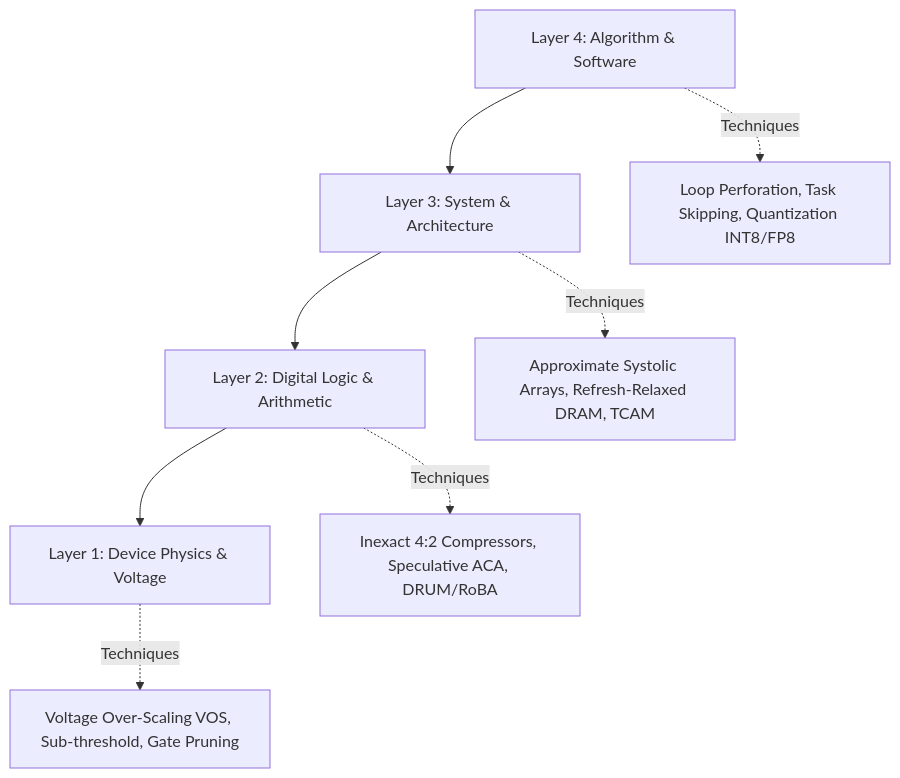
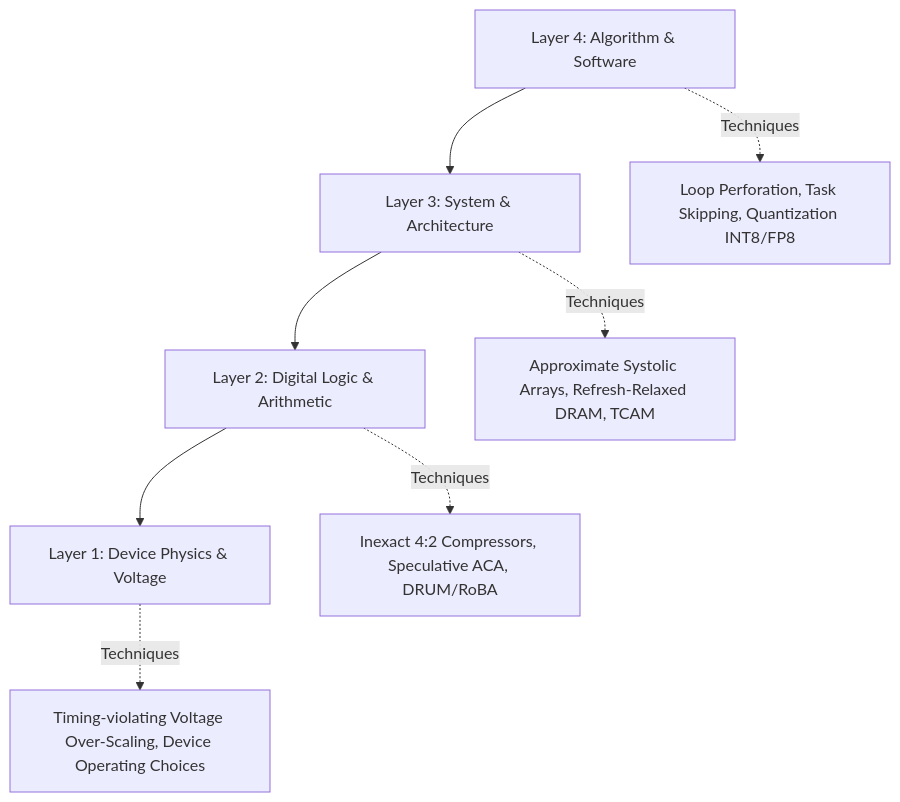
The diagram in docs/fundamentals/approx-paradigms.md (Inexact-Computing/public), drawn with Mermaid before and after one commit. The commit also changed other lines of this file and 32 other files, not shown here.

````diff
--- a/docs/fundamentals/approx-paradigms.md
+++ b/docs/fundamentals/approx-paradigms.md
@@ -9,11 +30,11 @@
 ```mermaid
 graph TD
     L1[Layer 4: Algorithm & Software] --> L2[Layer 3: System & Architecture]
     L2 --> L3[Layer 2: Digital Logic & Arithmetic]
     L3 --> L4[Layer 1: Device Physics & Voltage]
 
     L1 -.->|Techniques| T1[Loop Perforation, Task Skipping, Quantization INT8/FP8]
     L2 -.->|Techniques| T2[Approximate Systolic Arrays, Refresh-Relaxed DRAM, TCAM]
     L3 -.->|Techniques| T3[Inexact 4:2 Compressors, Speculative ACA, DRUM/RoBA]
-    L4 -.->|Techniques| T4[Voltage Over-Scaling VOS, Sub-threshold, Gate Pruning]
+    L4 -.->|Techniques| T4[Timing-violating Voltage Over-Scaling, Device Operating Choices]
 ```
````
